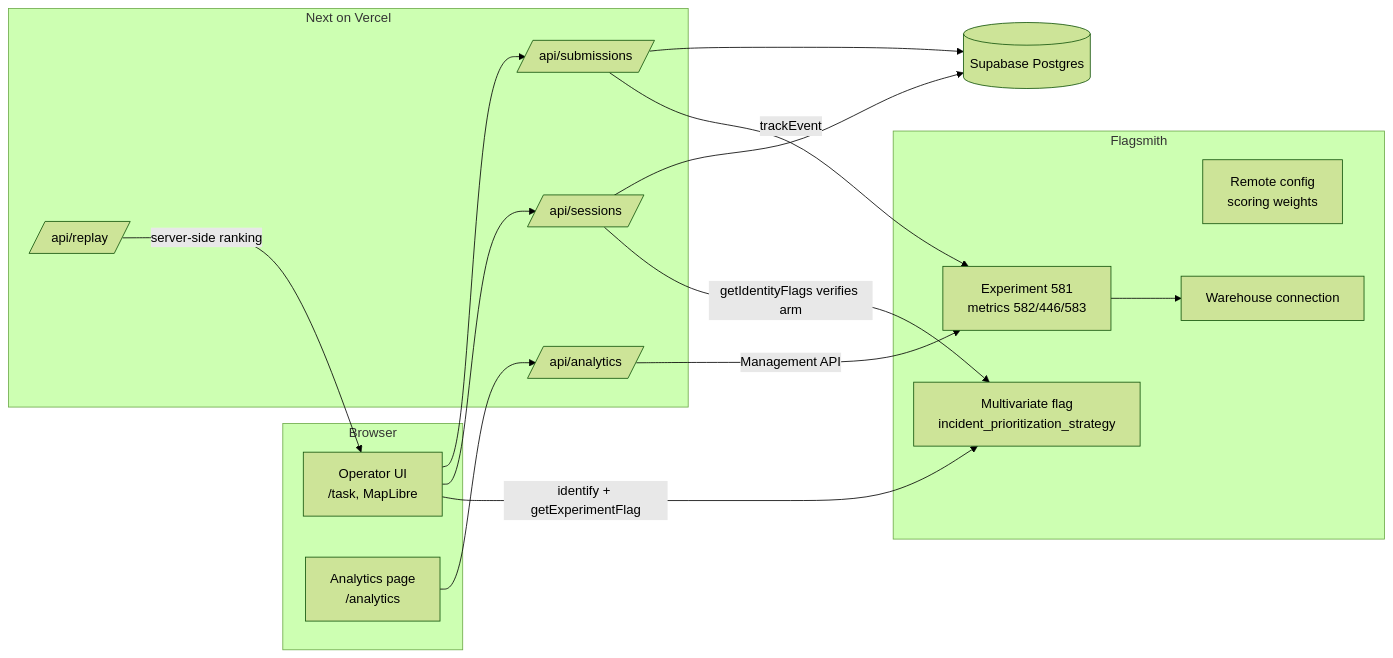
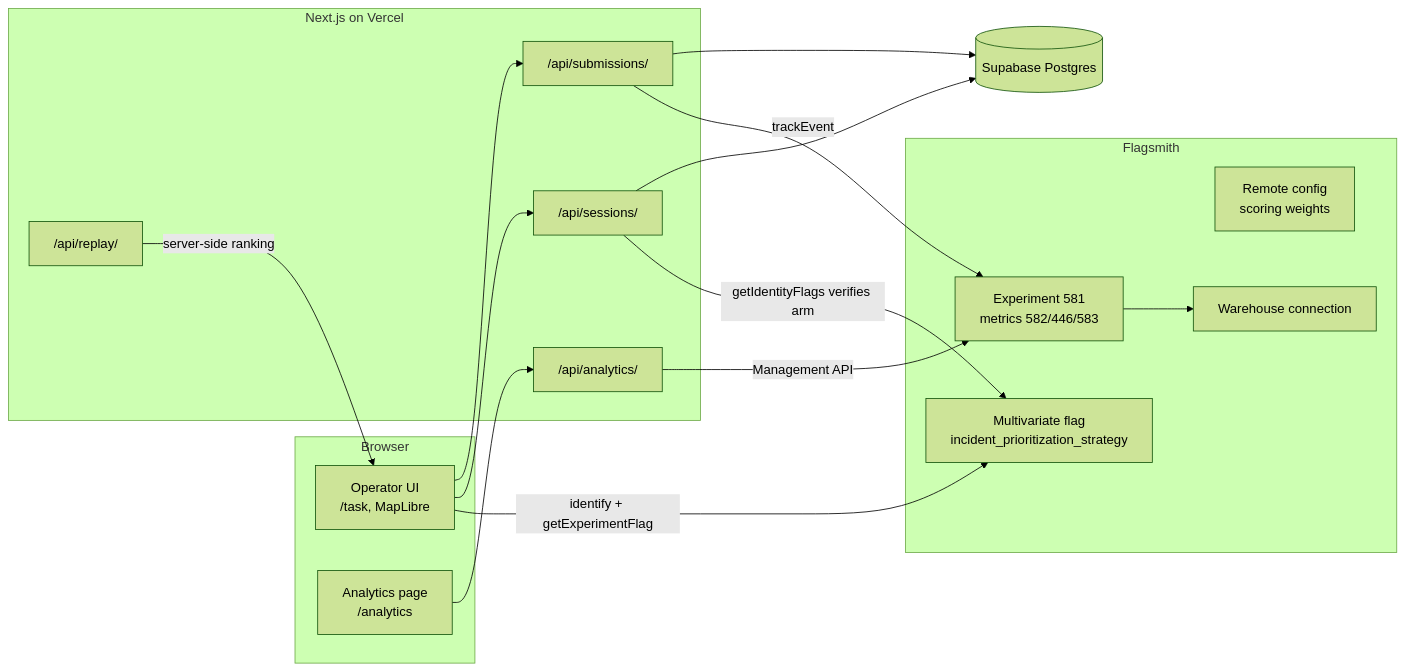
One commit to MANASMATHUR/TerraLens changed the first of 5 diagrams in README.md. Above: the diagram before and after it, drawn with Mermaid (forest theme). The commit also changed other lines of this file and 1 other file, not shown here.

Commit message:
docs: quote mermaid node labels for GitHub rendering and add landing screenshot

````diff
--- a/README.md
+++ b/README.md
@@ -54,31 +54,31 @@
 ```mermaid
 flowchart LR
   subgraph Browser
-    A[Operator UI<br/>/task, MapLibre]
-    B[Analytics page<br/>/analytics]
+    A["Operator UI<br/>/task, MapLibre"]
+    B["Analytics page<br/>/analytics"]
   end
-  subgraph Next on Vercel
-    C[/api/sessions/]
-    D[/api/submissions/]
-    E[/api/analytics/]
-    F[/api/replay/]
+  subgraph Next_on_Vercel["Next.js on Vercel"]
+    C["/api/sessions/"]
+    D["/api/submissions/"]
+    E["/api/analytics/"]
+    F["/api/replay/"]
   end
   subgraph Flagsmith
-    G[Multivariate flag<br/>incident_prioritization_strategy]
-    H[Remote config<br/>scoring weights]
-    I[Experiment 581<br/>metrics 582/446/583]
-    J[Warehouse connection]
+    G["Multivariate flag<br/>incident_prioritization_strategy"]
+    H["Remote config<br/>scoring weights"]
+    I["Experiment 581<br/>metrics 582/446/583"]
+    J["Warehouse connection"]
   end
-  K[(Supabase Postgres)]
-  A -->|identify + getExperimentFlag| G
+  K[("Supabase Postgres")]
+  A -->|"identify + getExperimentFlag"| G
   A --> C
   A --> D
-  C -->|getIdentityFlags verifies arm| G
+  C -->|"getIdentityFlags verifies arm"| G
   D -->|trackEvent| I
   C --> K
   D --> K
   B --> E
-  E -->|Management API| I
+  E -->|"Management API"| I
   I --> J
-  F -->|server-side ranking| A
+  F -->|"server-side ranking"| A
 ```
````
